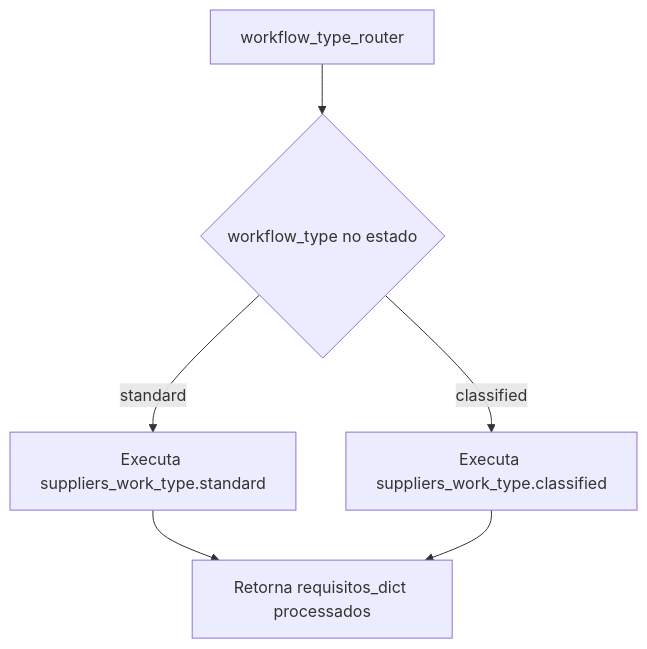
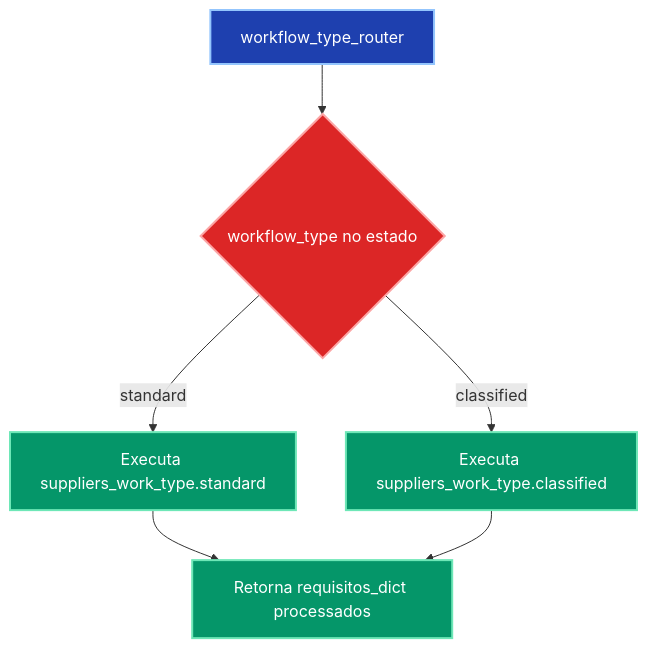
One commit to ElissonRodrigues/fluxograma changed the fifth of 6 diagrams in README.md. Above: the diagram before and after it, drawn with Mermaid. The commit also changed other lines of this file, not shown here.

Commit message:
Update README with decision flow and model configurations

````diff
--- a/README.md
+++ b/README.md
@@ -159,9 +161,17 @@
 ```mermaid
 graph TD
     ROUTER[workflow_type_router] --> CHECK{workflow_type no estado}
     CHECK -->|"standard"| STANDARD[Executa suppliers_work_type.standard]
     CHECK -->|"classified"| CLASSIFIED[Executa suppliers_work_type.classified]
     
     STANDARD --> RESULT[Retorna requisitos_dict processados]
     CLASSIFIED --> RESULT
+    
+    classDef routerClass fill:#1e40af,stroke:#93c5fd,stroke-width:2px,color:#ffffff
+    classDef decisionClass fill:#dc2626,stroke:#fca5a5,stroke-width:2px,color:#ffffff
+    classDef processClass fill:#059669,stroke:#6ee7b7,stroke-width:2px,color:#ffffff
+    
+    class ROUTER routerClass
+    class CHECK decisionClass
+    class STANDARD,CLASSIFIED,RESULT processClass
 ```
````
